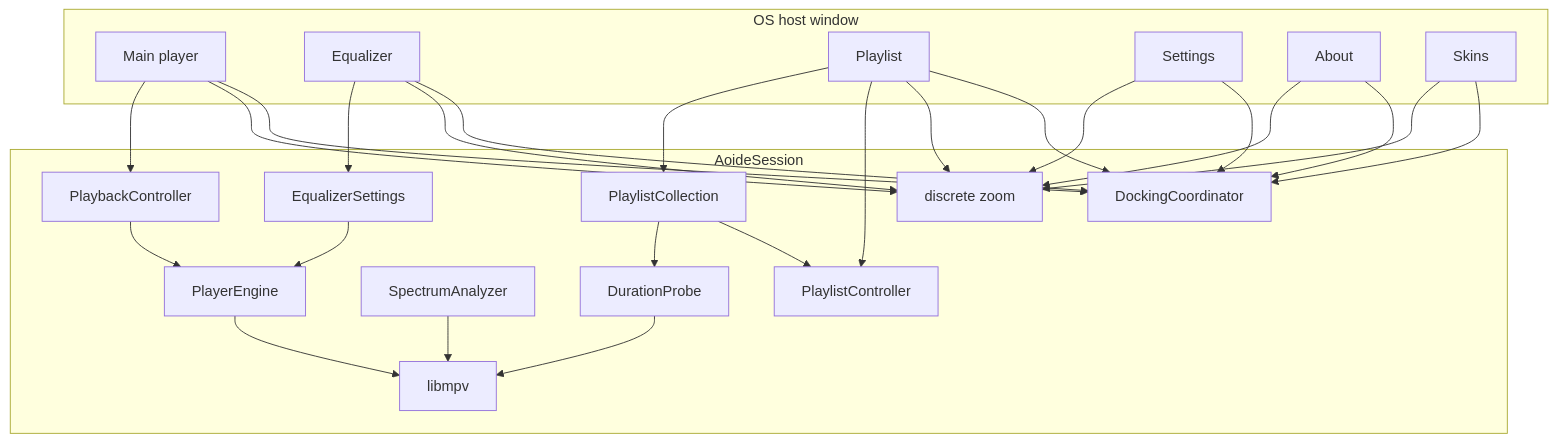
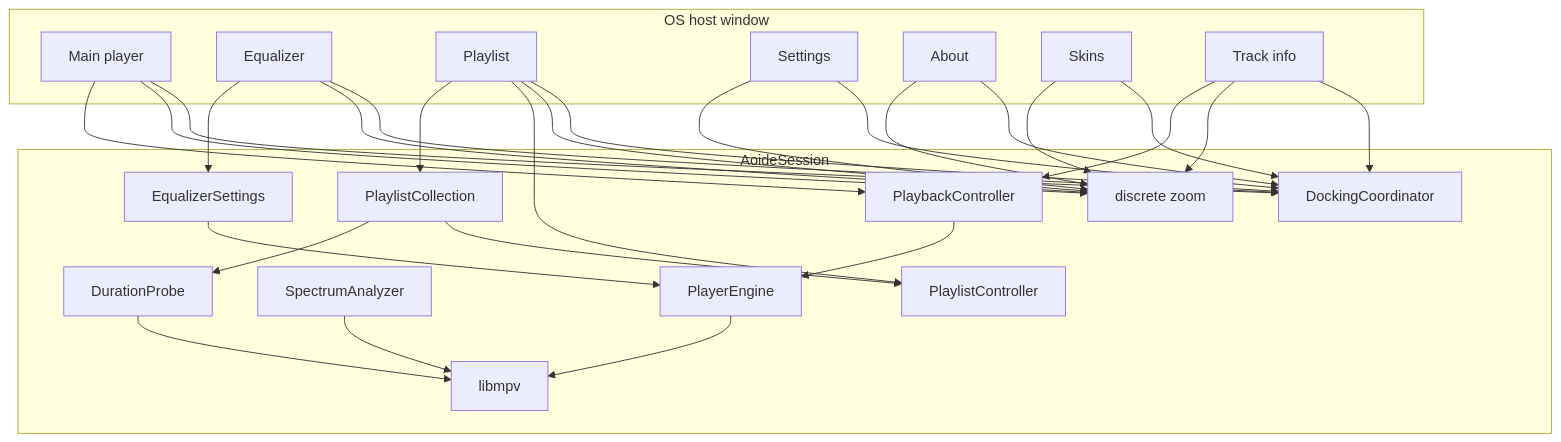
The second of 2 diagrams in docs/architecture.md (eliranbenishai/aoide), drawn with Mermaid before and after one commit. The commit also changed other lines of this file and 40 other files, not shown here.

Commit message:
feat: redesign track info as a metadata window

````diff
--- a/docs/architecture.md
+++ b/docs/architecture.md
@@ -62,46 +62,50 @@
 ```mermaid
 flowchart TB
   subgraph host [OS host window]
     Main[Main player]
     Eq[Equalizer]
     Pl[Playlist]
     Set[Settings]
     About[About]
     Skins[Skins]
+    Info[Track info]
   end
   subgraph session [AoideSession]
     Dock[DockingCoordinator]
     Zoom[discrete zoom]
     Play[PlaybackController]
     List[PlaylistController]
     Coll[PlaylistCollection]
     EqCtl[EqualizerSettings]
     Spec[SpectrumAnalyzer]
     Dur[DurationProbe]
     Eng[PlayerEngine]
     Mpv[libmpv]
   end
   Main --> Dock
   Eq --> Dock
   Pl --> Dock
   Set --> Dock
   About --> Dock
   Skins --> Dock
+  Info --> Dock
   Main --> Zoom
   Eq --> Zoom
   Pl --> Zoom
   Set --> Zoom
   About --> Zoom
   Skins --> Zoom
+  Info --> Zoom
+  Info --> Play
   Main --> Play
   Pl --> List
   Pl --> Coll
   Coll --> List
   Eq --> EqCtl
   Play --> Eng
   EqCtl --> Eng
   Spec --> Mpv
   Coll --> Dur
   Dur --> Mpv
   Eng --> Mpv
 ```
````
